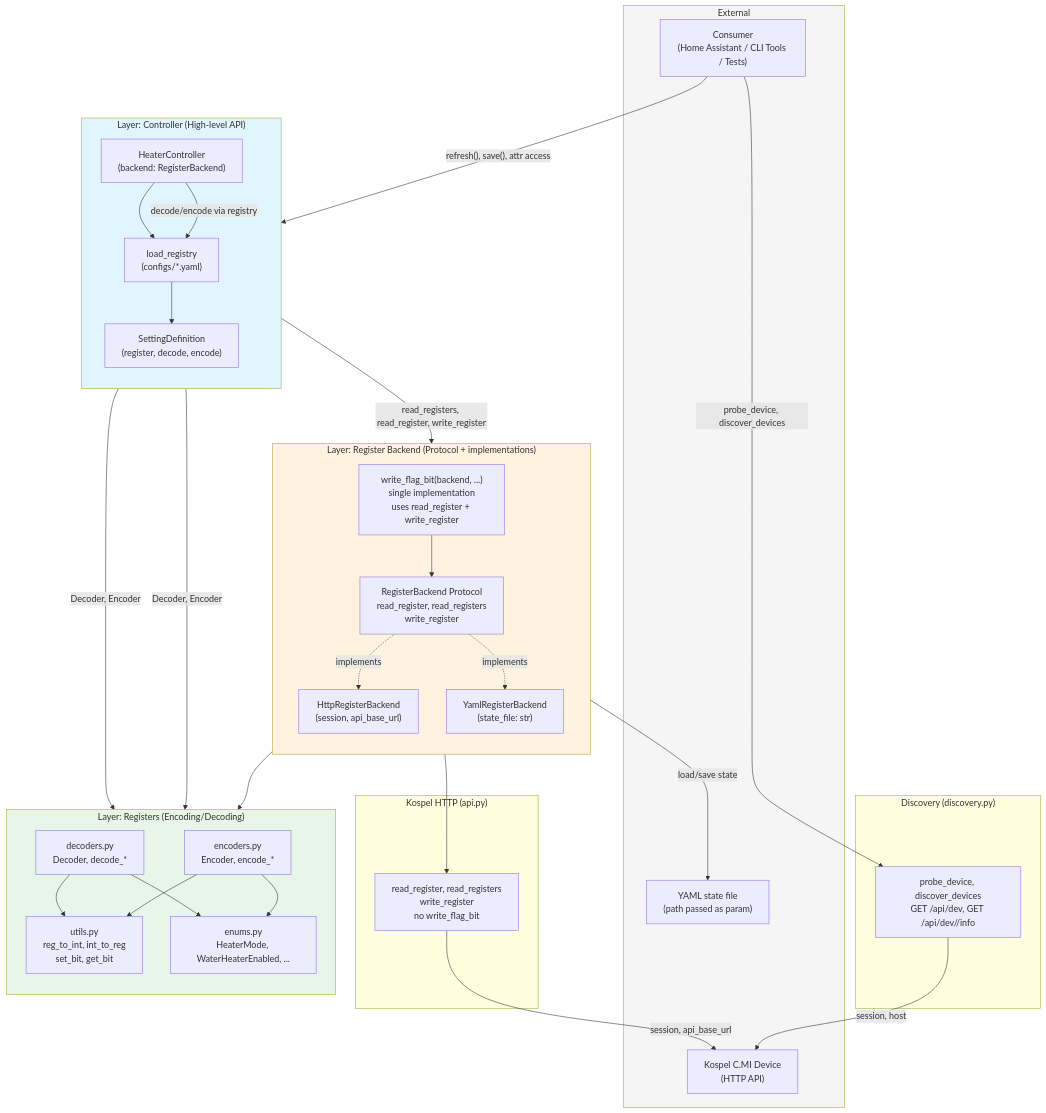
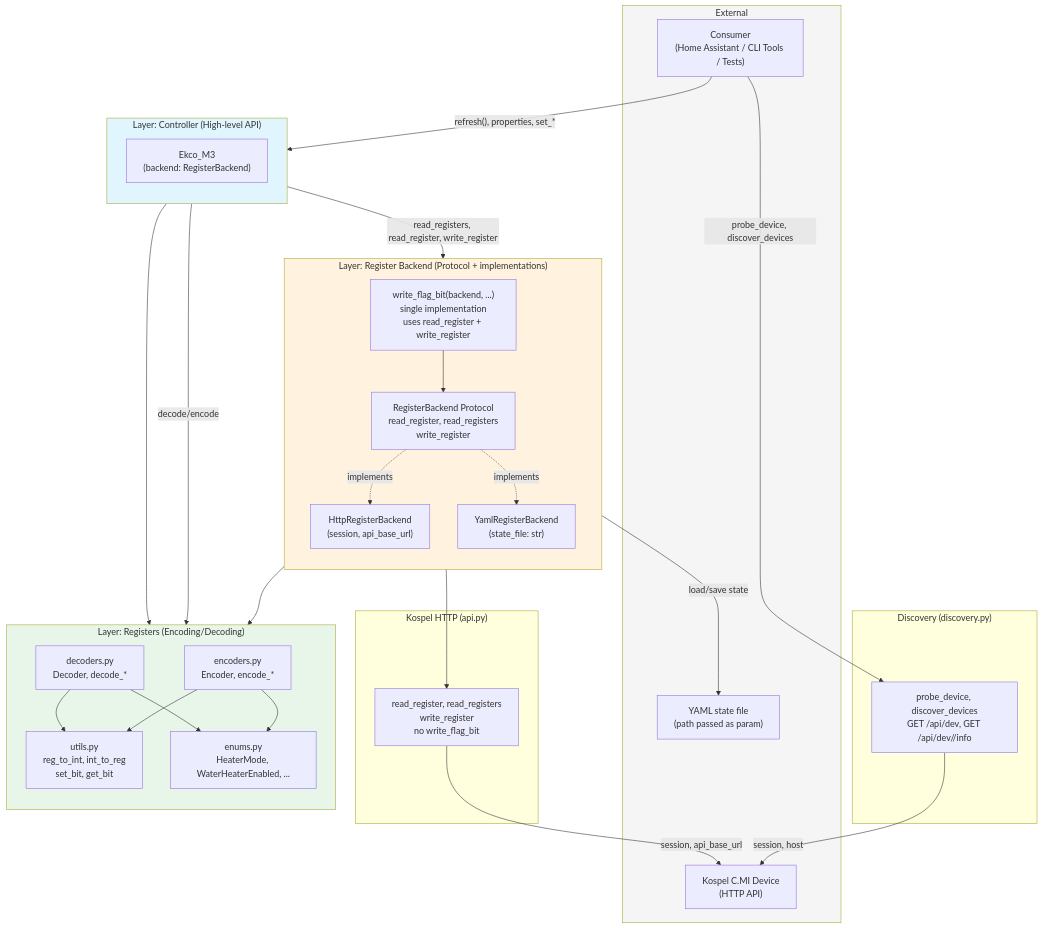
Before and after one commit to JanKrl/kospel-cmi-lib: the first of 2 diagrams in docs/architecture.md, drawn with Mermaid. The commit also changed other lines of this file and 17 other files, not shown here.

````diff
--- a/docs/architecture.md
+++ b/docs/architecture.md
@@ -11,65 +11,60 @@
 ```mermaid
 flowchart TB
     subgraph External["External"]
         Consumer["Consumer\n(Home Assistant / CLI Tools / Tests)"]
         Device["Kospel C.MI Device\n(HTTP API)"]
         YamlFile["YAML state file\n(path passed as param)"]
     end
 
     subgraph Controller["Layer: Controller (High-level API)"]
         direction TB
-        HC["HeaterController\n(backend: RegisterBackend)"]
-        Reg["load_registry\n(configs/*.yaml)"]
-        SD["SettingDefinition\n(register, decode, encode)"]
-        HC --> Reg
-        Reg --> SD
+        HC["Ekco_M3\n(backend: RegisterBackend)"]
     end
 
     subgraph BackendLayer["Layer: Register Backend (Protocol + implementations)"]
         direction TB
         Protocol["RegisterBackend Protocol\nread_register, read_registers\nwrite_register"]
         HttpBackend["HttpRegisterBackend\n(session, api_base_url)"]
         YamlBackend["YamlRegisterBackend\n(state_file: str)"]
         WriteFlagBit["write_flag_bit(backend, ...)\nsingle implementation\nuses read_register + write_register"]
         Protocol -.->|implements| HttpBackend
         Protocol -.->|implements| YamlBackend
         WriteFlagBit --> Protocol
     end
 
     subgraph KospelHTTP["Kospel HTTP (api.py)"]
         API["read_register, read_registers\nwrite_register\nno write_flag_bit"]
     end
 
     subgraph DiscoveryMod["Discovery (discovery.py)"]
         Discovery["probe_device, discover_devices\nGET /api/dev, GET /api/dev/<id>/info"]
     end
 
     subgraph Registers["Layer: Registers (Encoding/Decoding)"]
         direction TB
         Dec["decoders.py\nDecoder, decode_*"]
         Enc["encoders.py\nEncoder, encode_*"]
         Utils["utils.py\nreg_to_int, int_to_reg\nset_bit, get_bit"]
         Enums["enums.py\nHeaterMode, WaterHeaterEnabled, ..."]
         Dec --> Utils
         Dec --> Enums
         Enc --> Utils
         Enc --> Enums
     end
 
-    Consumer -->|"refresh(), save(), attr access"| HC
+    Consumer -->|"refresh(), properties, set_*"| HC
     Consumer -->|"probe_device, discover_devices"| Discovery
     Discovery -->|"session, host"| Device
-    HC -->|"decode/encode via registry"| Reg
-    SD -->|"Decoder, Encoder"| Dec
-    SD -->|"Decoder, Encoder"| Enc
+    HC -->|"decode/encode"| Dec
+    HC --> Enc
     HC -->|"read_registers, read_register, write_register"| Protocol
     HttpBackend --> API
     API -->|"session, api_base_url"| Device
     YamlBackend -->|"load/save state"| YamlFile
     WriteFlagBit --> Utils
 
     style Controller fill:#e1f5fe
     style BackendLayer fill:#fff3e0
     style Registers fill:#e8f5e9
     style External fill:#f5f5f5
 ```
````
